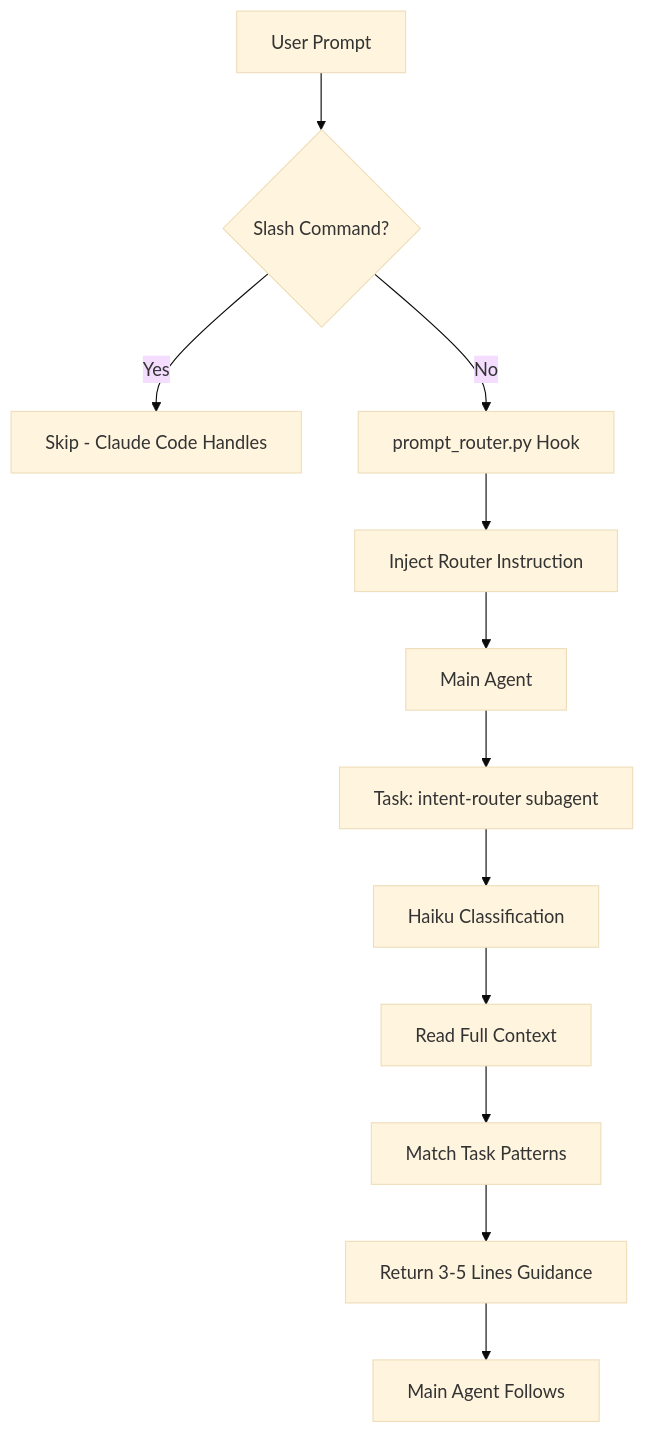
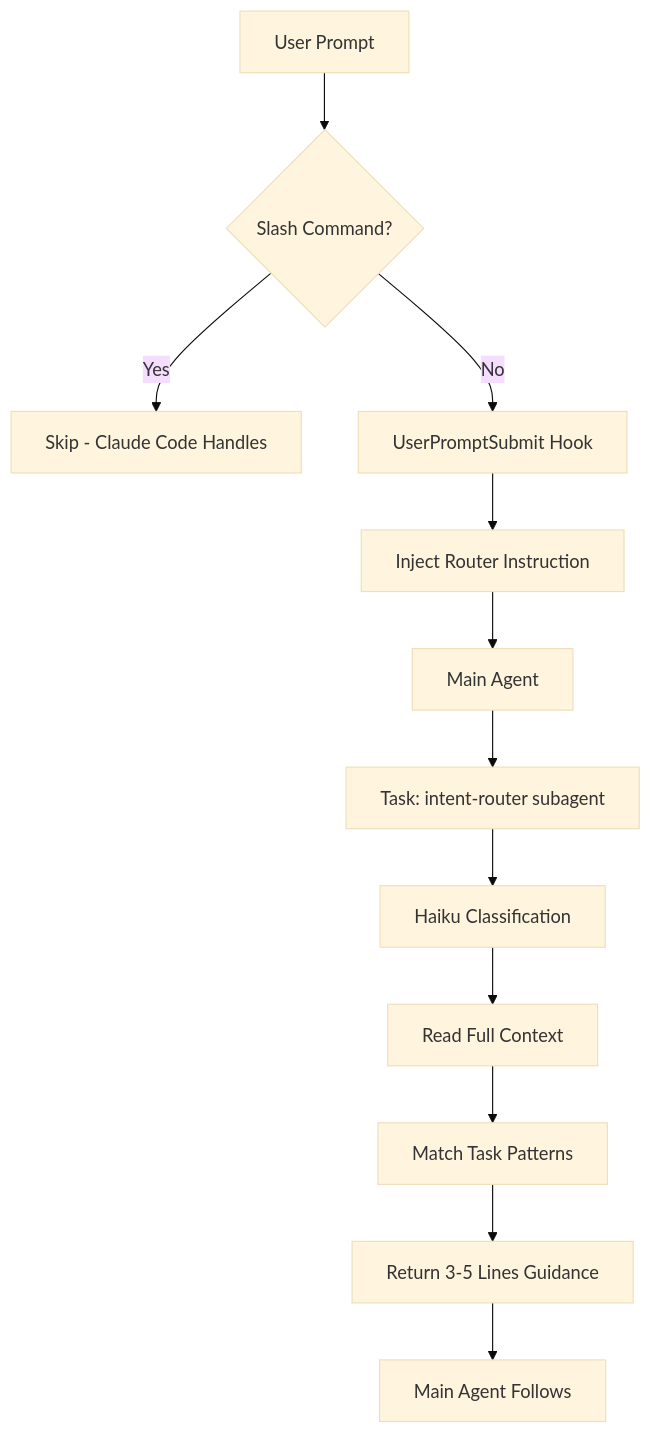
One commit to nicsuzor/academicOps changed the diagram in specs/intent-router-spec.md. Above: the diagram before and after it, drawn with Mermaid (base theme). The commit also changed other lines of this file and 22 other files, not shown here.

````diff
--- a/specs/intent-router-spec.md
+++ b/specs/intent-router-spec.md
@@ -20,14 +27,14 @@
 ```mermaid
 graph TD
     A[User Prompt] --> B{Slash Command?}
     B -->|Yes| C[Skip - Claude Code Handles]
-    B -->|No| D[prompt_router.py Hook]
+    B -->|No| D[UserPromptSubmit Hook]
     D --> E[Inject Router Instruction]
     E --> F[Main Agent]
     F --> G[Task: intent-router subagent]
     G --> H[Haiku Classification]
     H --> I[Read Full Context]
     I --> J[Match Task Patterns]
     J --> K[Return 3-5 Lines Guidance]
     K --> L[Main Agent Follows]
 ```
````
